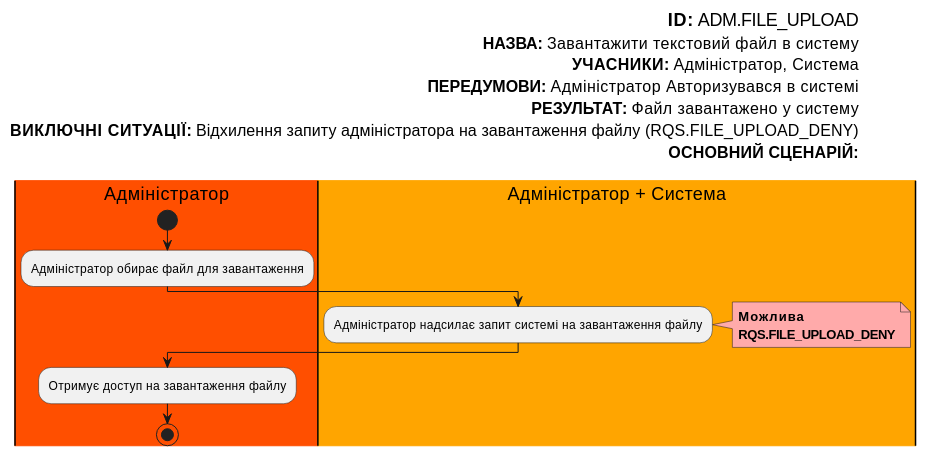
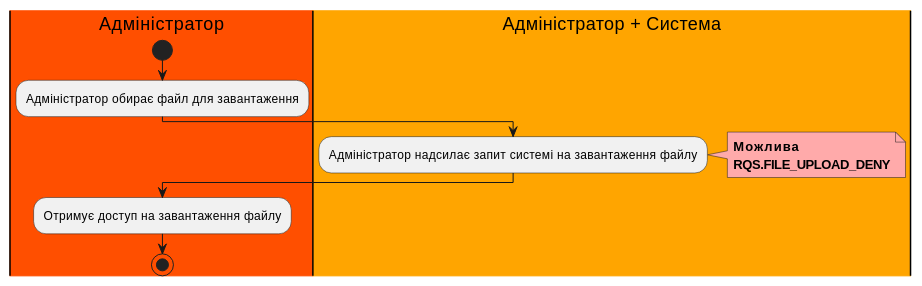
One commit to boldak/edu-db-cw changed the eighth of 16 diagrams in docs/use cases/README.md. Above: the diagram before and after it, drawn with PlantUML. The commit also changed other lines of this file, not shown here.

```diff
--- a/docs/use cases/README.md
+++ b/docs/use cases/README.md
@@ -272,30 +260,19 @@
 @startuml
-
-left header
-<font color=000 size=18><b>ID:</b> ADM.FILE_UPLOAD
-<font color=000 size=16><b>НАЗВА:</b> Завантажити текстовий файл в систему
-<font color=000 size=16><b>УЧАСНИКИ:</b> Адміністратор, Система
-<font color=000 size=16><b>ПЕРЕДУМОВИ:</b> Адміністратор Авторизувався в системі
-<font color=000 size=16><b>РЕЗУЛЬТАТ:</b> Файл завантажено у систему
-<font color=000 size=16><b>ВИКЛЮЧНІ СИТУАЦІЇ:</b> Відхилення запиту адміністратора на завантаження файлу (RQS.FILE_UPLOAD_DENY)
-<font color=000 size=16><b>ОСНОВНИЙ СЦЕНАРІЙ:</b>
-
-end header
 
 
 |#FF4F00|Адміністратор|
   start
     :Адміністратор обирає файл для завантаження;
 |#FFA500|Адміністратор + Система|
   :Адміністратор надсилає запит системі на завантаження файлу;
 
   note right #ffaaaa
   <b>Можлива</b>
   <b>RQS.FILE_UPLOAD_DENY</b>
   end note
 
 |Адміністратор|
   :Отримує доступ на завантаження файлу;
   stop;
 
 @enduml
```
